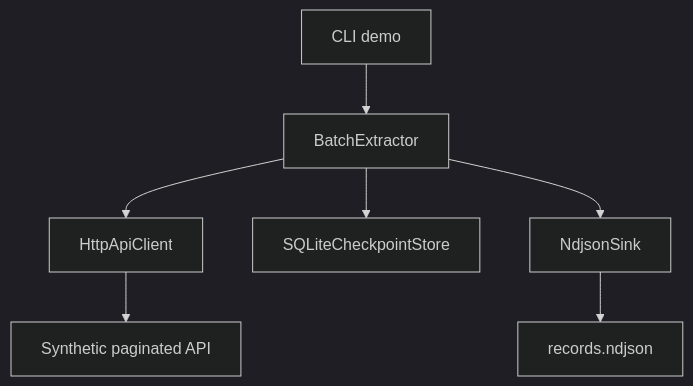
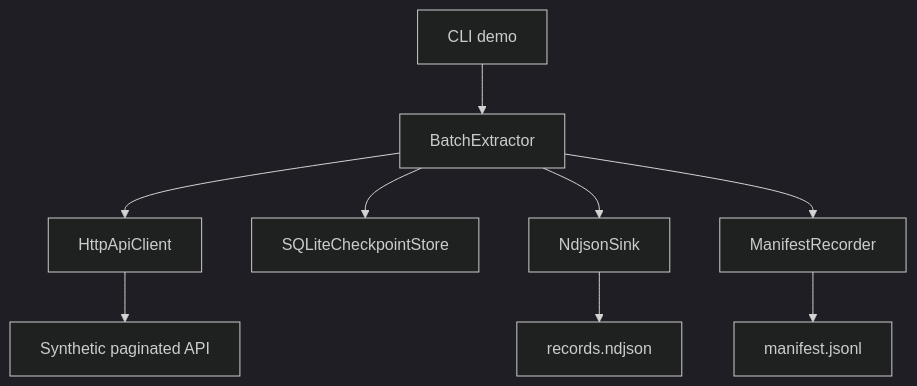
Before and after one commit to guilherme-lacerda-tech/resumable-api-batch-extractor: the first of 2 diagrams in docs/architecture.md, drawn with Mermaid (dark theme). The commit also changed other lines of this file and 33 other files, not shown here.

````diff
--- a/docs/architecture.md
+++ b/docs/architecture.md
@@ -9,9 +11,11 @@
 ```mermaid
 flowchart TB
     CLI["CLI demo"] --> Extractor["BatchExtractor"]
     Extractor --> Client["HttpApiClient"]
     Client --> API["Synthetic paginated API"]
     Extractor --> Checkpoint["SQLiteCheckpointStore"]
     Extractor --> Sink["NdjsonSink"]
+    Extractor --> Manifest["ManifestRecorder"]
     Sink --> File["records.ndjson"]
+    Manifest --> ManifestFile["manifest.jsonl"]
 ```
````
